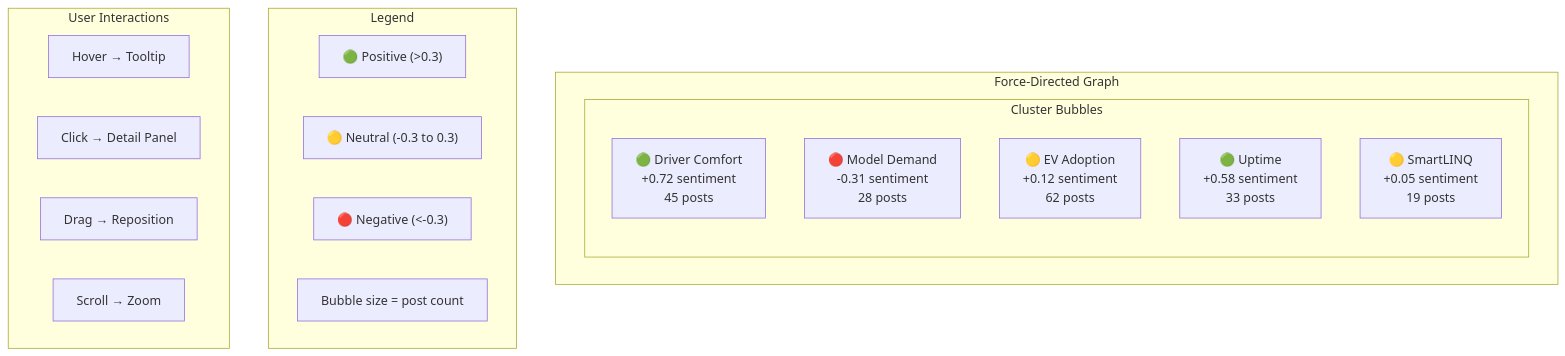
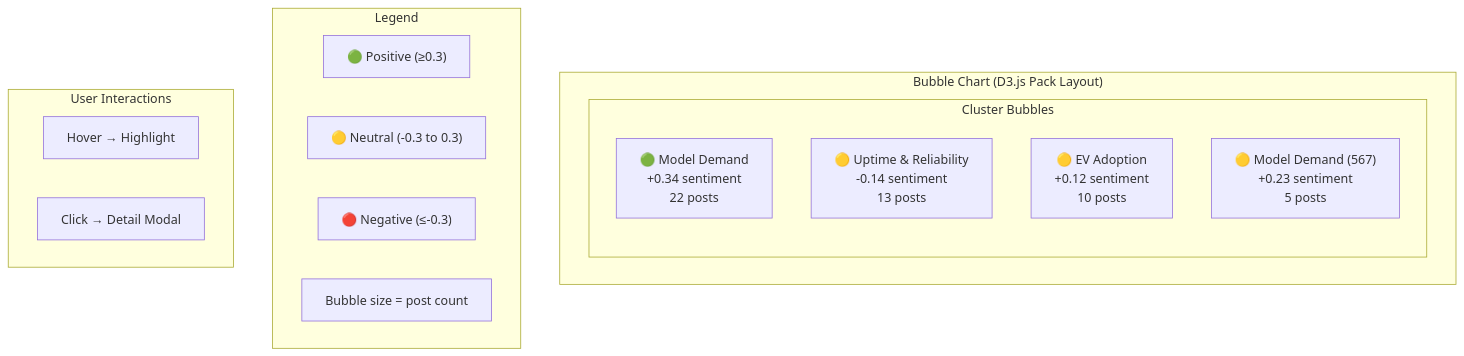
One commit to Bphissles/brand-sentiment-analysis changed the fifth of 7 diagrams in docs/ARCHITECTURE.md. Above: the diagram before and after it, drawn with Mermaid. The commit also changed other lines of this file and 12 other files, not shown here.

````diff
--- a/docs/ARCHITECTURE.md
+++ b/docs/ARCHITECTURE.md
@@ -198,26 +202,23 @@
 ```mermaid
 graph TD
-    subgraph Graph["Force-Directed Graph"]
+    subgraph Graph["Bubble Chart (D3.js Pack Layout)"]
         subgraph Nodes["Cluster Bubbles"]
-            N1["🟢 Driver Comfort<br/>+0.72 sentiment<br/>45 posts"]
-            N2["🔴 Model Demand<br/>-0.31 sentiment<br/>28 posts"]
-            N3["🟡 EV Adoption<br/>+0.12 sentiment<br/>62 posts"]
-            N4["🟢 Uptime<br/>+0.58 sentiment<br/>33 posts"]
-            N5["🟡 SmartLINQ<br/>+0.05 sentiment<br/>19 posts"]
+            N1["🟢 Model Demand<br/>+0.34 sentiment<br/>22 posts"]
+            N2["🟡 Uptime & Reliability<br/>-0.14 sentiment<br/>13 posts"]
+            N3["🟡 EV Adoption<br/>+0.12 sentiment<br/>10 posts"]
+            N4["🟡 Model Demand (567)<br/>+0.23 sentiment<br/>5 posts"]
         end
     end
 
     subgraph Legend["Legend"]
-        GREEN["🟢 Positive (>0.3)"]
+        GREEN["🟢 Positive (≥0.3)"]
         YELLOW["🟡 Neutral (-0.3 to 0.3)"]
-        RED["🔴 Negative (<-0.3)"]
+        RED["🔴 Negative (≤-0.3)"]
         SIZE["Bubble size = post count"]
     end
 
     subgraph Interaction["User Interactions"]
-        HOVER["Hover → Tooltip"]
-        CLICK["Click → Detail Panel"]
-        DRAG["Drag → Reposition"]
-        ZOOM["Scroll → Zoom"]
+        HOVER["Hover → Highlight"]
+        CLICK["Click → Detail Modal"]
     end
 ```
````
